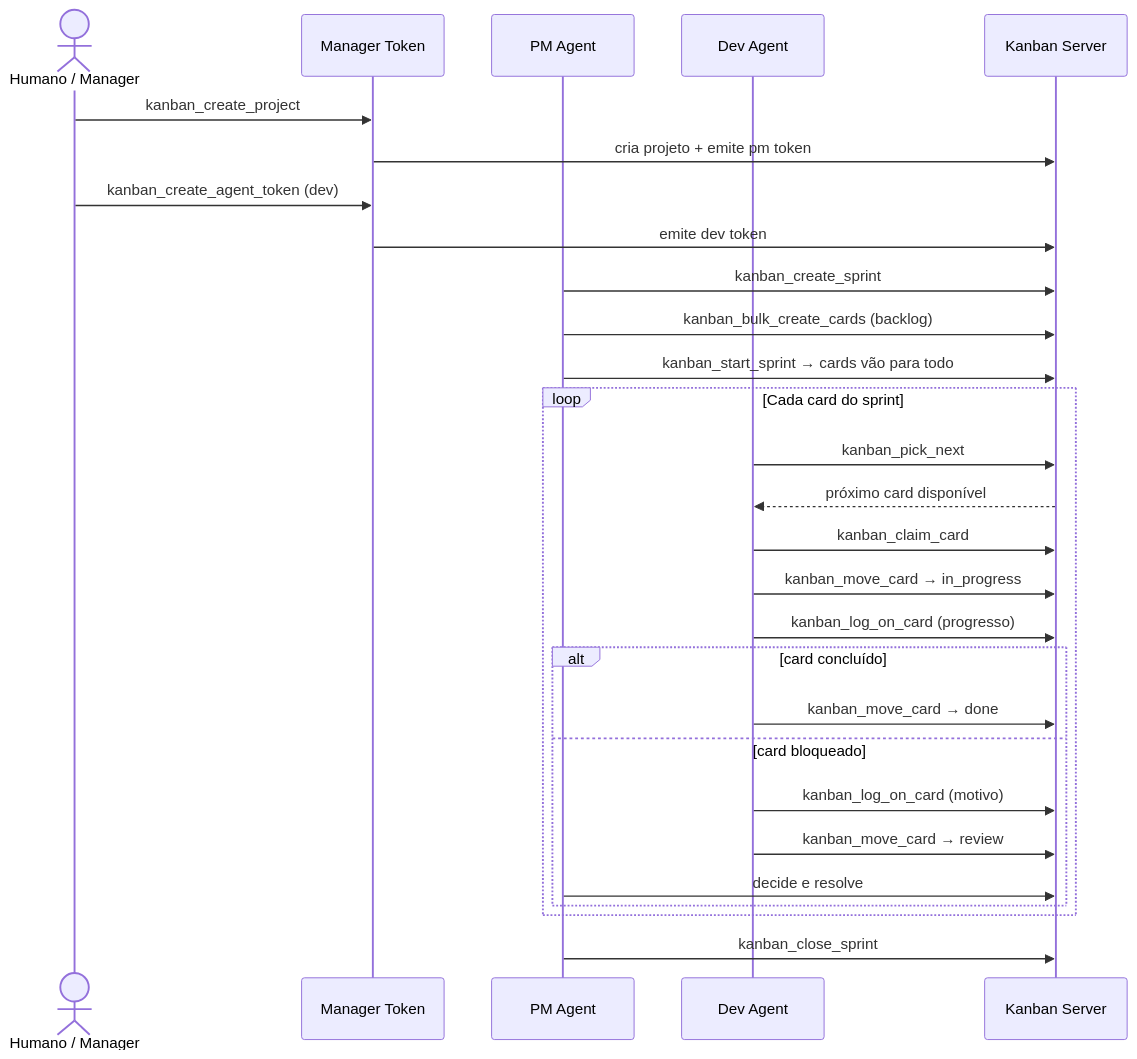
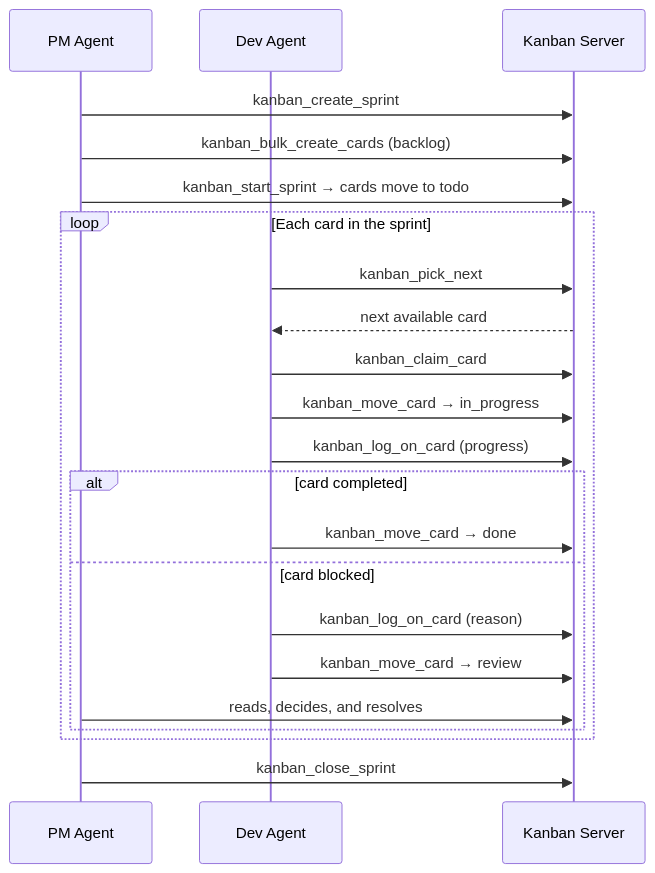
The sixth of 6 diagrams in README.md (kauelopes/obsidianban), drawn with Mermaid before and after one commit. The commit also changed other lines of this file, not shown here.

Commit message:
docs: translate README to English and simplify sprint sequence diagram

````diff
--- a/README.md
+++ b/README.md
@@ -214,34 +214,27 @@
 ```mermaid
 sequenceDiagram
-    actor H as Humano / Manager
-    participant MGR as Manager Token
     participant PM as PM Agent
     participant DEV as Dev Agent
     participant SRV as Kanban Server
 
-    H->>MGR: kanban_create_project
-    MGR->>SRV: cria projeto + emite pm token
-    H->>MGR: kanban_create_agent_token (dev)
-    MGR->>SRV: emite dev token
-
     PM->>SRV: kanban_create_sprint
     PM->>SRV: kanban_bulk_create_cards (backlog)
-    PM->>SRV: kanban_start_sprint → cards vão para todo
+    PM->>SRV: kanban_start_sprint → cards move to todo
 
-    loop Cada card do sprint
+    loop Each card in the sprint
         DEV->>SRV: kanban_pick_next
-        SRV-->>DEV: próximo card disponível
+        SRV-->>DEV: next available card
         DEV->>SRV: kanban_claim_card
         DEV->>SRV: kanban_move_card → in_progress
-        DEV->>SRV: kanban_log_on_card (progresso)
-        alt card concluído
+        DEV->>SRV: kanban_log_on_card (progress)
+        alt card completed
             DEV->>SRV: kanban_move_card → done
-        else card bloqueado
-            DEV->>SRV: kanban_log_on_card (motivo)
+        else card blocked
+            DEV->>SRV: kanban_log_on_card (reason)
             DEV->>SRV: kanban_move_card → review
-            PM->>SRV: decide e resolve
+            PM->>SRV: reads, decides, and resolves
         end
     end
 
     PM->>SRV: kanban_close_sprint
 ```
````
